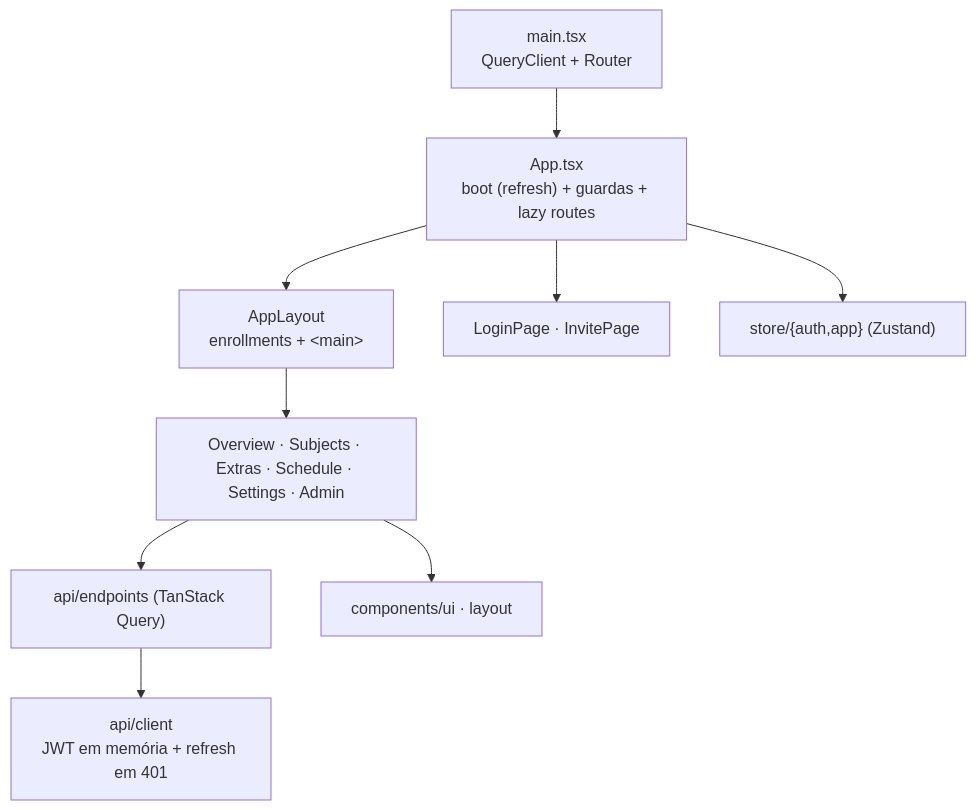
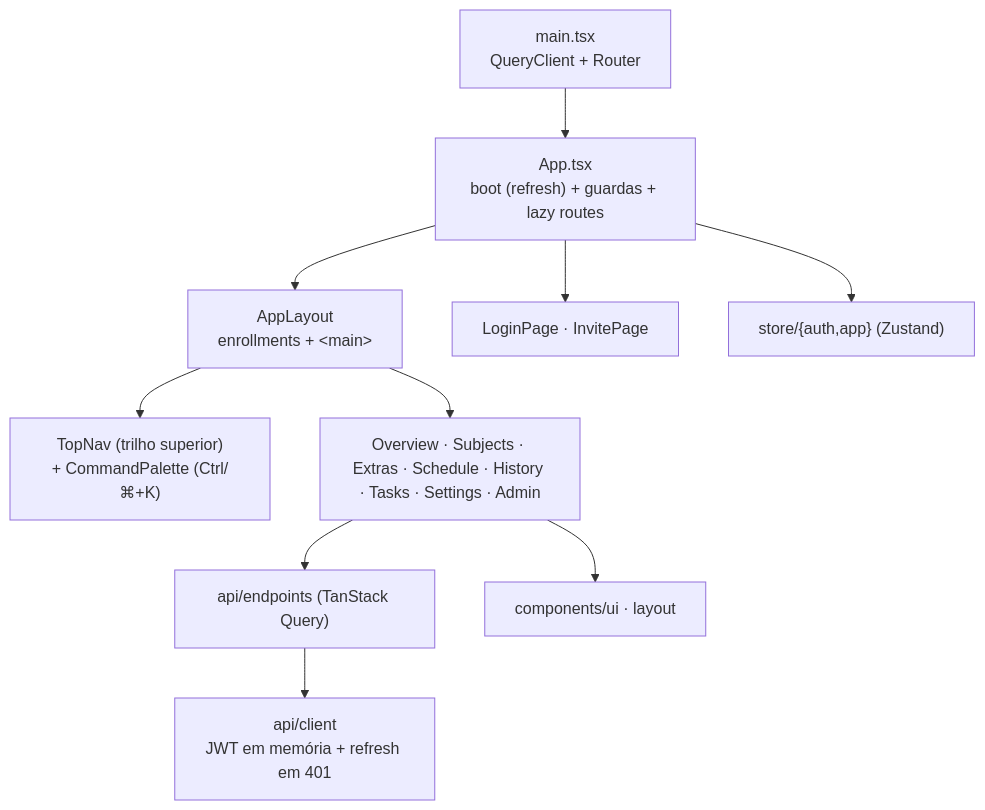
One commit to higorfs295/Painel_UFG changed the seventh of 9 diagrams in docs/ARQUITETURA.md. Above: the diagram before and after it, drawn with Mermaid. The commit also changed other lines of this file and 38 other files, not shown here.

````diff
--- a/docs/ARQUITETURA.md
+++ b/docs/ARQUITETURA.md
@@ -297,11 +297,12 @@
 ```mermaid
 flowchart TD
   main["main.tsx<br/>QueryClient + Router"] --> App
   App["App.tsx<br/>boot (refresh) + guardas + lazy routes"] --> Layout["AppLayout<br/>enrollments + &lt;main&gt;"]
   App --> Auth["LoginPage · InvitePage"]
-  Layout --> Pages["Overview · Subjects · Extras · Schedule · Settings · Admin"]
+  Layout --> Nav["TopNav (trilho superior)<br/>+ CommandPalette (Ctrl/⌘+K)"]
+  Layout --> Pages["Overview · Subjects · Extras · Schedule · History · Tasks · Settings · Admin"]
   Pages --> Q["api/endpoints (TanStack Query)"]
   Pages --> UI["components/ui · layout"]
   Q --> Client["api/client<br/>JWT em memória + refresh em 401"]
   App --> Store["store/{auth,app} (Zustand)"]
 ```
````
